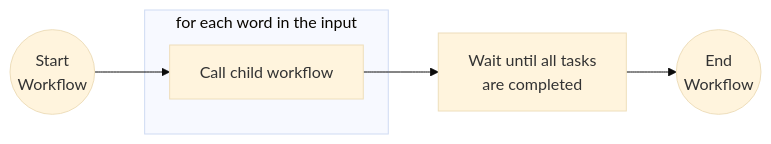
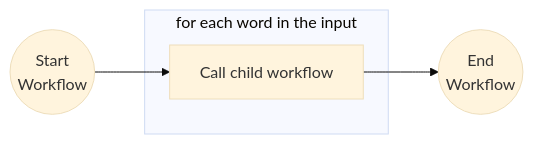
One commit to dapr/java-sdk changed the second of 3 diagrams in spring-boot-examples/workflows/README.md. Above: the diagram before and after it, drawn with Mermaid (base theme). The commit also changed other lines of this file, not shown here.

````diff
--- a/spring-boot-examples/workflows/README.md
+++ b/spring-boot-examples/workflows/README.md
@@ -106,15 +111,12 @@
 ```mermaid
 graph LR
    SW((Start
    Workflow))
    subgraph for each word in the input
     GWL[Call child workflow]
    end
-   ALL[Wait until all tasks
-   are completed]
    EW((End
    Workflow))
    SW --> GWL
-   GWL --> ALL
-   ALL --> EW
+   GWL --> EW
 ```
````
